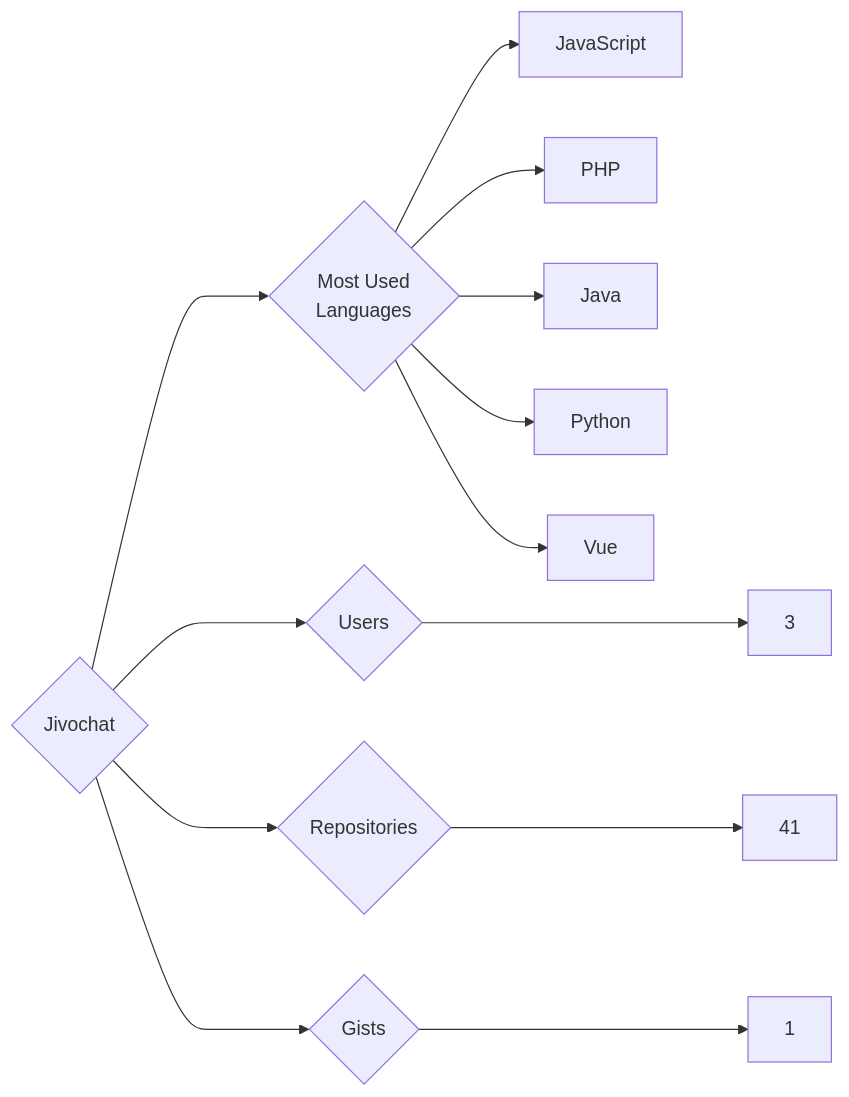
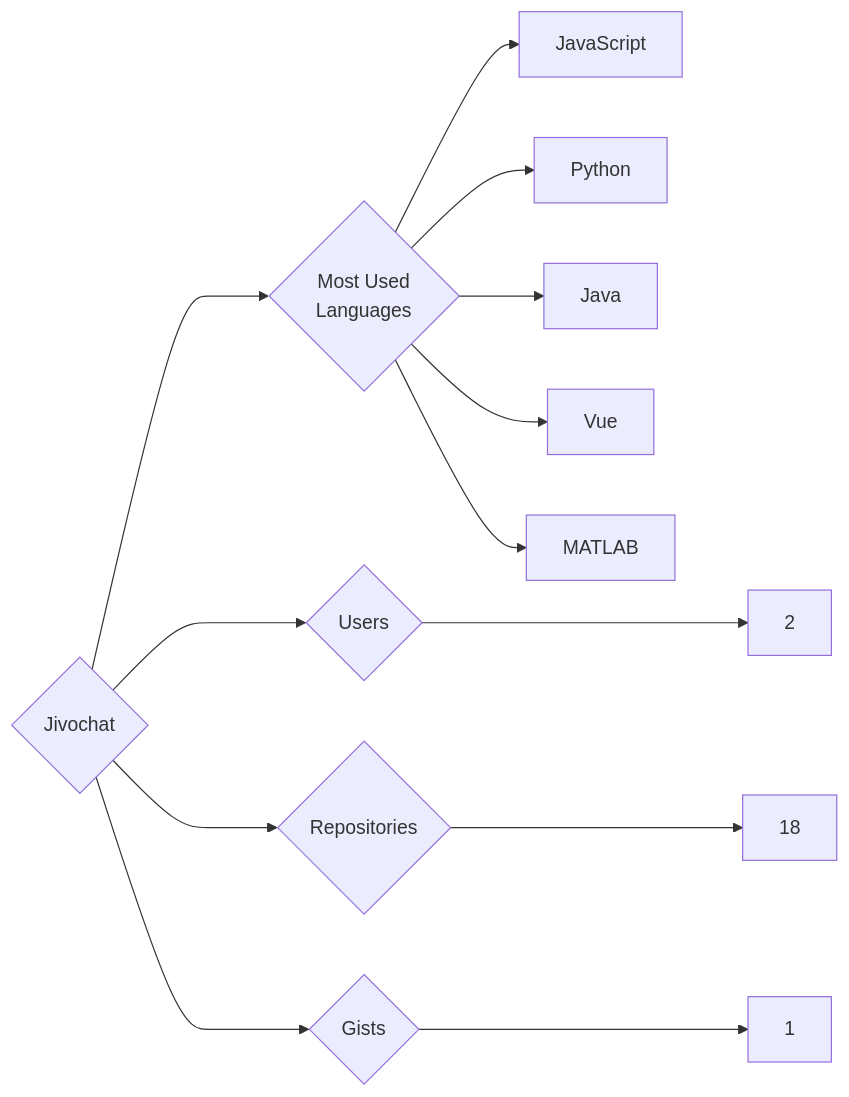
One commit to trickest/insiders changed the diagram in targets/Jivochat/README.md. Above: the diagram before and after it, drawn with Mermaid. The commit also changed 935 other files, not shown here.

````diff
--- a/targets/Jivochat/README.md
+++ b/targets/Jivochat/README.md
@@ -3,13 +3,13 @@
 ```mermaid
 graph LR
 COMPANY_NAME{Jivochat}
-COMPANY_NAME ---> U{Users} ---> UN[3]
-COMPANY_NAME ---> R{Repositories} ---> RN[41]
+COMPANY_NAME ---> U{Users} ---> UN[2]
+COMPANY_NAME ---> R{Repositories} ---> RN[18]
 COMPANY_NAME ---> G{Gists} ---> GN[1]
 COMPANY_NAME ---> ML{Most Used<br>Languages}
 ML --> JavaScript[JavaScript]
-ML --> PHP[PHP]
+ML --> Python[Python]
 ML --> Java[Java]
-ML --> Python[Python]
 ML --> Vue[Vue]
+ML --> MATLAB[MATLAB]
 ```
````
